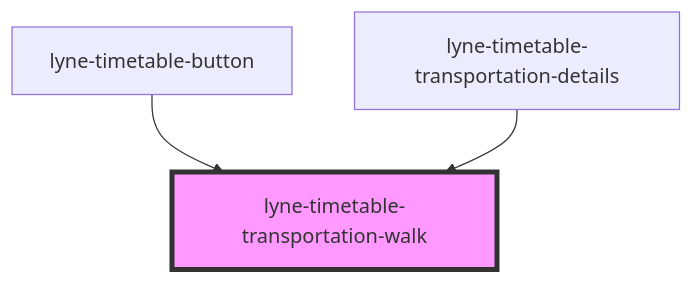
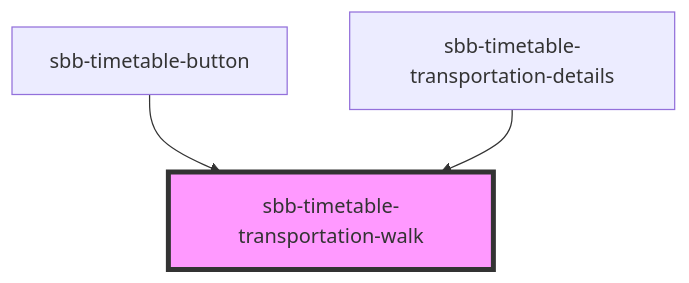
Before and after one commit to sbb-design-systems/lyne-components: the diagram in src/components/sbb-timetable-transportation-walk/readme.md, drawn with Mermaid. The commit also changed other lines of this file and 348 other files, not shown here.

Commit message:
refactor: 'lyne' prefix renamed to 'sbb'

````diff
--- a/src/components/sbb-timetable-transportation-walk/readme.md
+++ b/src/components/sbb-timetable-transportation-walk/readme.md
@@ -25,6 +25,6 @@
 ```mermaid
 graph TD;
-  lyne-timetable-button --> lyne-timetable-transportation-walk
-  lyne-timetable-transportation-details --> lyne-timetable-transportation-walk
-  style lyne-timetable-transportation-walk fill:#f9f,stroke:#333,stroke-width:4px
+  sbb-timetable-button --> sbb-timetable-transportation-walk
+  sbb-timetable-transportation-details --> sbb-timetable-transportation-walk
+  style sbb-timetable-transportation-walk fill:#f9f,stroke:#333,stroke-width:4px
 ```
````
